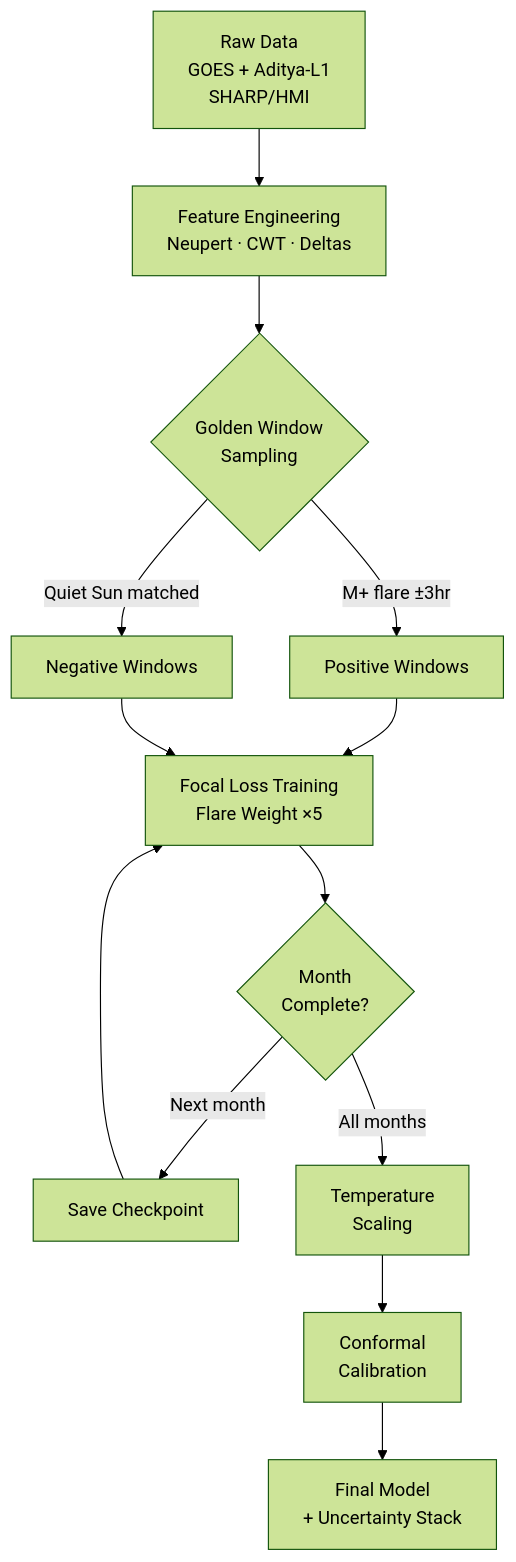
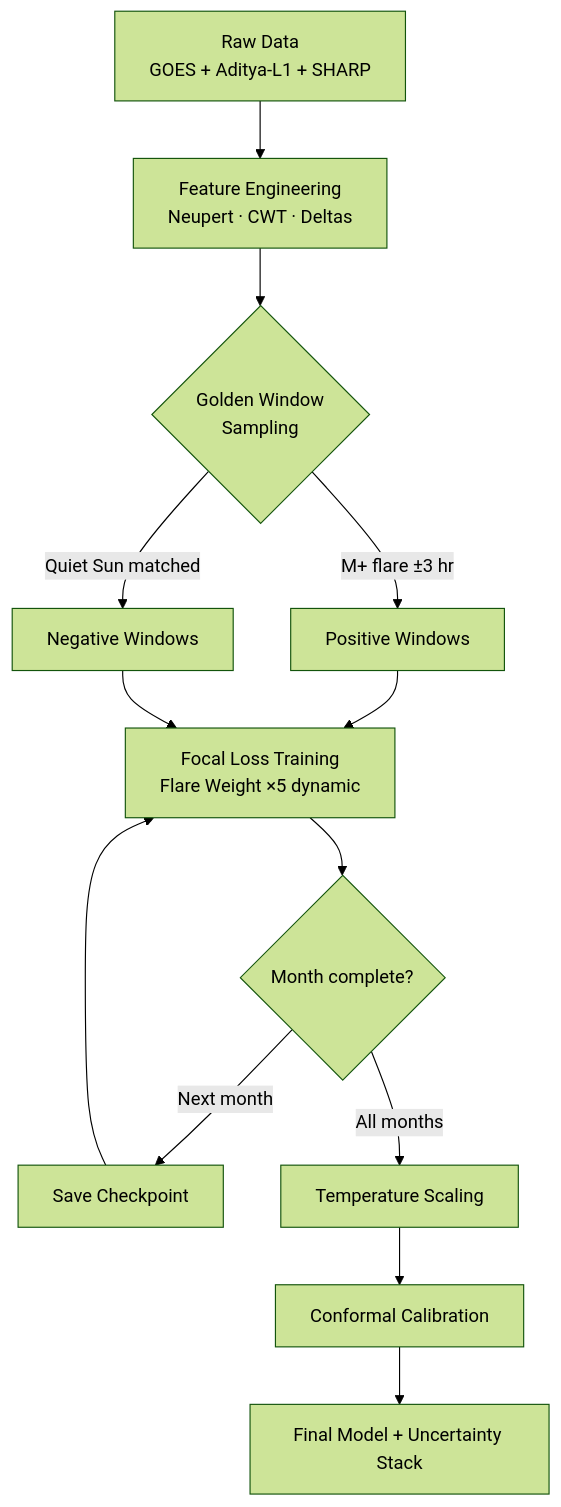
One commit to mahanshstarktech/BAH-2026-AdityaScan changed the third of 3 diagrams in README.md. Above: the diagram before and after it, drawn with Mermaid (forest theme). The commit also changed other lines of this file, not shown here.

````diff
--- a/README.md
+++ b/README.md
@@ -375,14 +324,14 @@
 ```mermaid
 graph TD
-    A[Raw Data\nGOES + Aditya-L1\nSHARP/HMI] --> B[Feature Engineering\nNeupert · CWT · Deltas]
+    A[Raw Data\nGOES + Aditya-L1 + SHARP] --> B[Feature Engineering\nNeupert · CWT · Deltas]
     B --> C{Golden Window\nSampling}
-    C -->|M+ flare ±3hr| D[Positive Windows]
+    C -->|M+ flare ±3 hr| D[Positive Windows]
     C -->|Quiet Sun matched| E[Negative Windows]
-    D & E --> F[Focal Loss Training\nFlare Weight ×5]
-    F --> G{Month\nComplete?}
+    D & E --> F[Focal Loss Training\nFlare Weight ×5 dynamic]
+    F --> G{Month complete?}
     G -->|Next month| H[Save Checkpoint]
     H --> F
-    G -->|All months| I[Temperature\nScaling]
-    I --> J[Conformal\nCalibration]
-    J --> K[Final Model\n+ Uncertainty Stack]
+    G -->|All months| I[Temperature Scaling]
+    I --> J[Conformal Calibration]
+    J --> K[Final Model + Uncertainty Stack]
 ```
````
